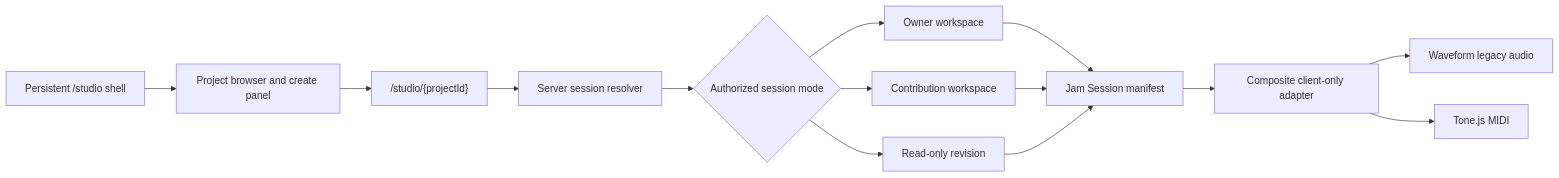
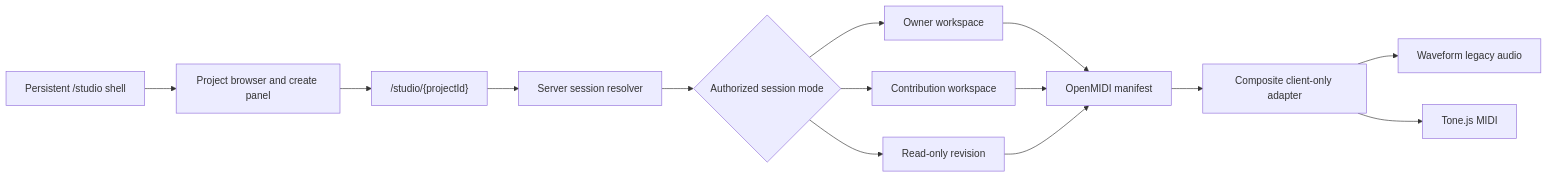
The diagram in docs/studio-forward-refactor-plan.md (DBordeleau/OpenMIDI), drawn with Mermaid before and after one commit. The commit also changed other lines of this file and 111 other files, not shown here.

Commit message:
Complete RELEASE-01 OpenMIDI identity reset

````diff
--- a/docs/studio-forward-refactor-plan.md
+++ b/docs/studio-forward-refactor-plan.md
@@ -209,16 +209,16 @@
 ```mermaid
 flowchart LR
   A["Persistent /studio shell"] --> B["Project browser and create panel"]
   B --> C["/studio/{projectId}"]
   C --> D["Server session resolver"]
   D --> E{"Authorized session mode"}
   E --> F["Owner workspace"]
   E --> G["Contribution workspace"]
   E --> H["Read-only revision"]
-  F --> I["Jam Session manifest"]
+  F --> I["OpenMIDI manifest"]
   G --> I
   H --> I
   I --> J["Composite client-only adapter"]
   J --> K["Waveform legacy audio"]
   J --> L["Tone.js MIDI"]
 ```
````
